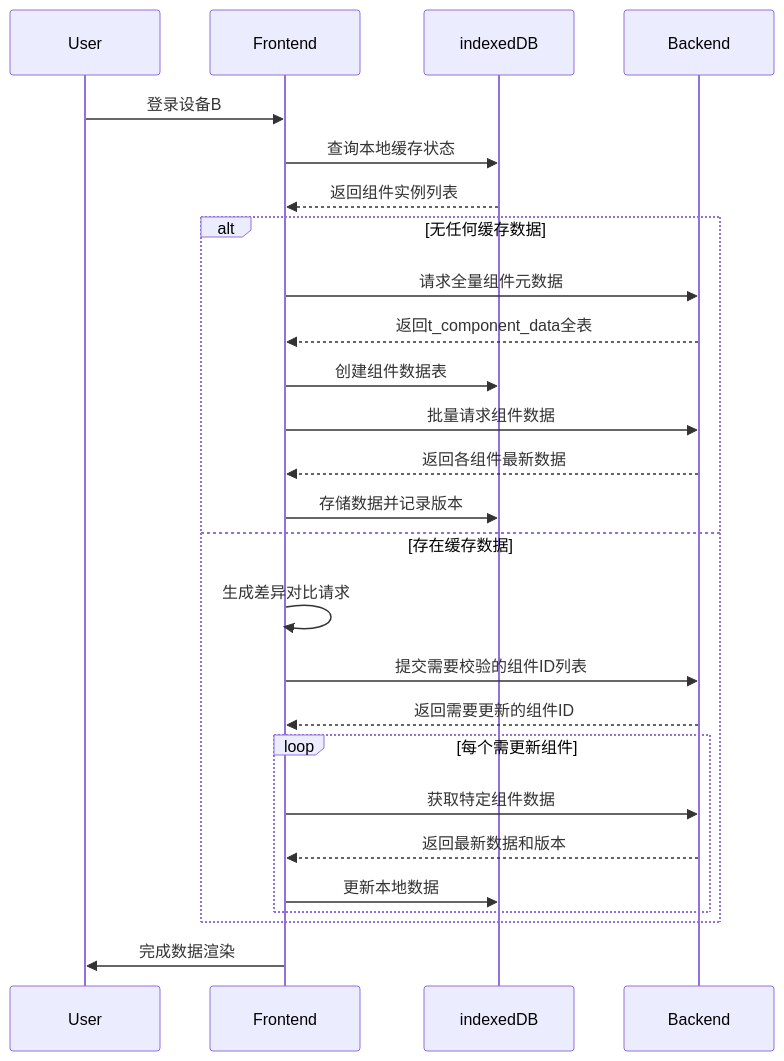
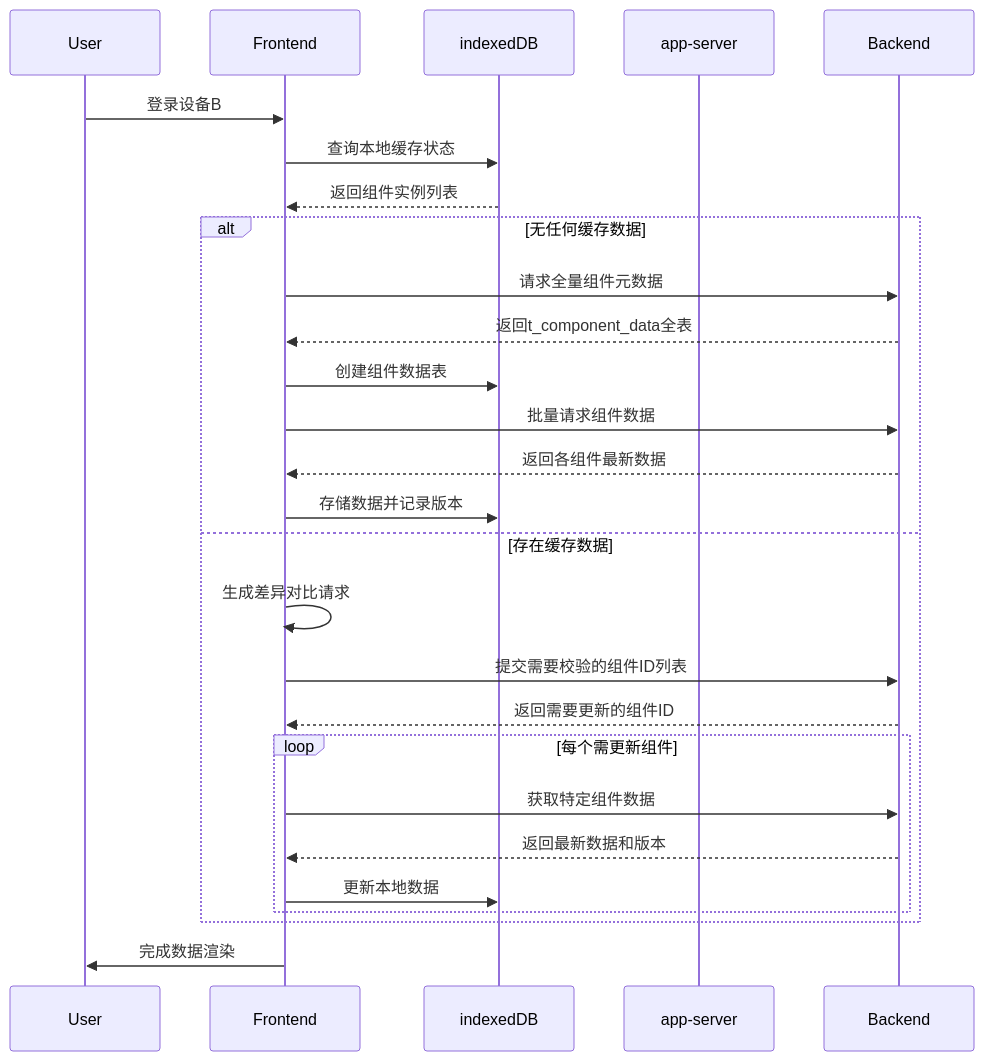
The diagram in all/未命名-24.md (yingjianzh/iodraw-files), drawn with Mermaid before and after one commit.

Commit message:
2025-02-24 17:05:26 update

````diff
--- a/all/未命名-24.md
+++ b/all/未命名-24.md
@@ -1,30 +1,30 @@
 ```mermaid
 sequenceDiagram
     participant User
     participant Frontend
     participant indexedDB
-    participant Backend
+    participant app-server
 
     User->>Frontend: 登录设备B
     Frontend->>indexedDB: 查询本地缓存状态
     indexedDB-->>Frontend: 返回组件实例列表
     
     alt 无任何缓存数据
         Frontend->>Backend: 请求全量组件元数据
         Backend-->>Frontend: 返回t_component_data全表
         Frontend->>indexedDB: 创建组件数据表
         Frontend->>Backend: 批量请求组件数据
         Backend-->>Frontend: 返回各组件最新数据
         Frontend->>indexedDB: 存储数据并记录版本
     else 存在缓存数据
         Frontend->>Frontend: 生成差异对比请求
         Frontend->>Backend: 提交需要校验的组件ID列表
         Backend-->>Frontend: 返回需要更新的组件ID
         loop 每个需更新组件
             Frontend->>Backend: 获取特定组件数据
             Backend-->>Frontend: 返回最新数据和版本
             Frontend->>indexedDB: 更新本地数据
         end
     end
     Frontend->>User: 完成数据渲染
 ```
````
